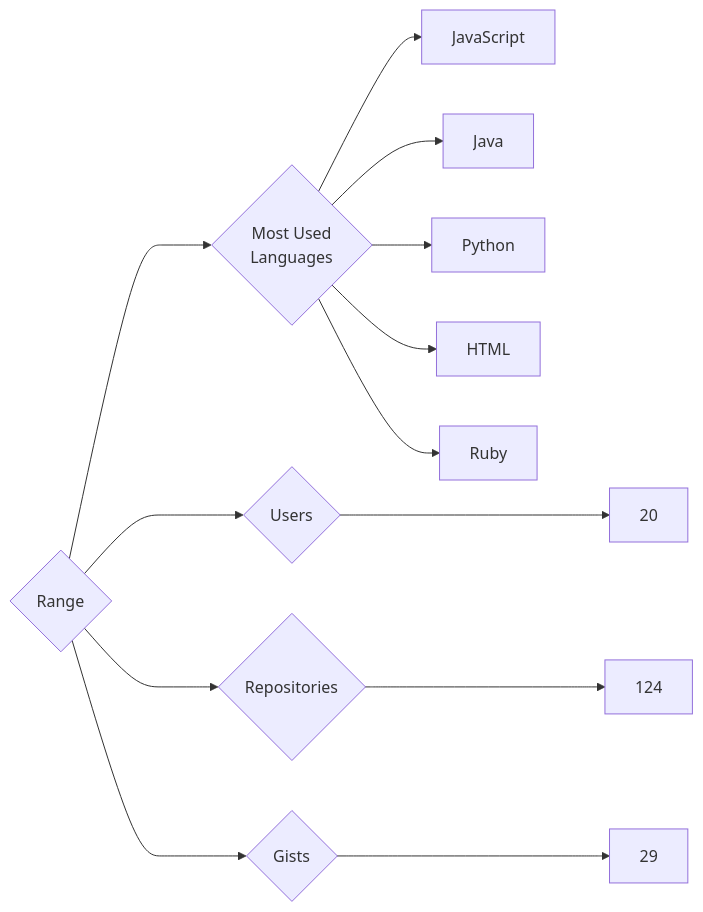
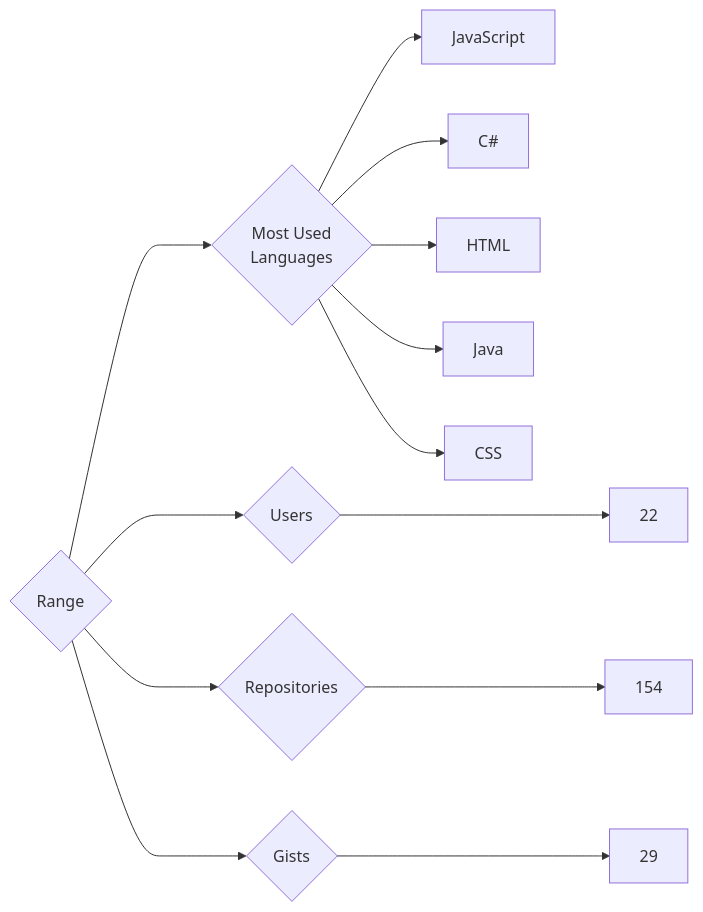
One commit to trickest/insiders changed the diagram in targets/Range/README.md. Above: the diagram before and after it, drawn with Mermaid. The commit also changed 715 other files, not shown here.

````diff
--- a/targets/Range/README.md
+++ b/targets/Range/README.md
@@ -3,13 +3,13 @@
 ```mermaid
 graph LR
 COMPANY_NAME{Range}
-COMPANY_NAME ---> U{Users} ---> UN[20]
-COMPANY_NAME ---> R{Repositories} ---> RN[124]
+COMPANY_NAME ---> U{Users} ---> UN[22]
+COMPANY_NAME ---> R{Repositories} ---> RN[154]
 COMPANY_NAME ---> G{Gists} ---> GN[29]
 COMPANY_NAME ---> ML{Most Used<br>Languages}
 ML --> JavaScript[JavaScript]
+ML --> C#[C#]
+ML --> HTML[HTML]
 ML --> Java[Java]
-ML --> Python[Python]
-ML --> HTML[HTML]
-ML --> Ruby[Ruby]
+ML --> CSS[CSS]
 ```
````
